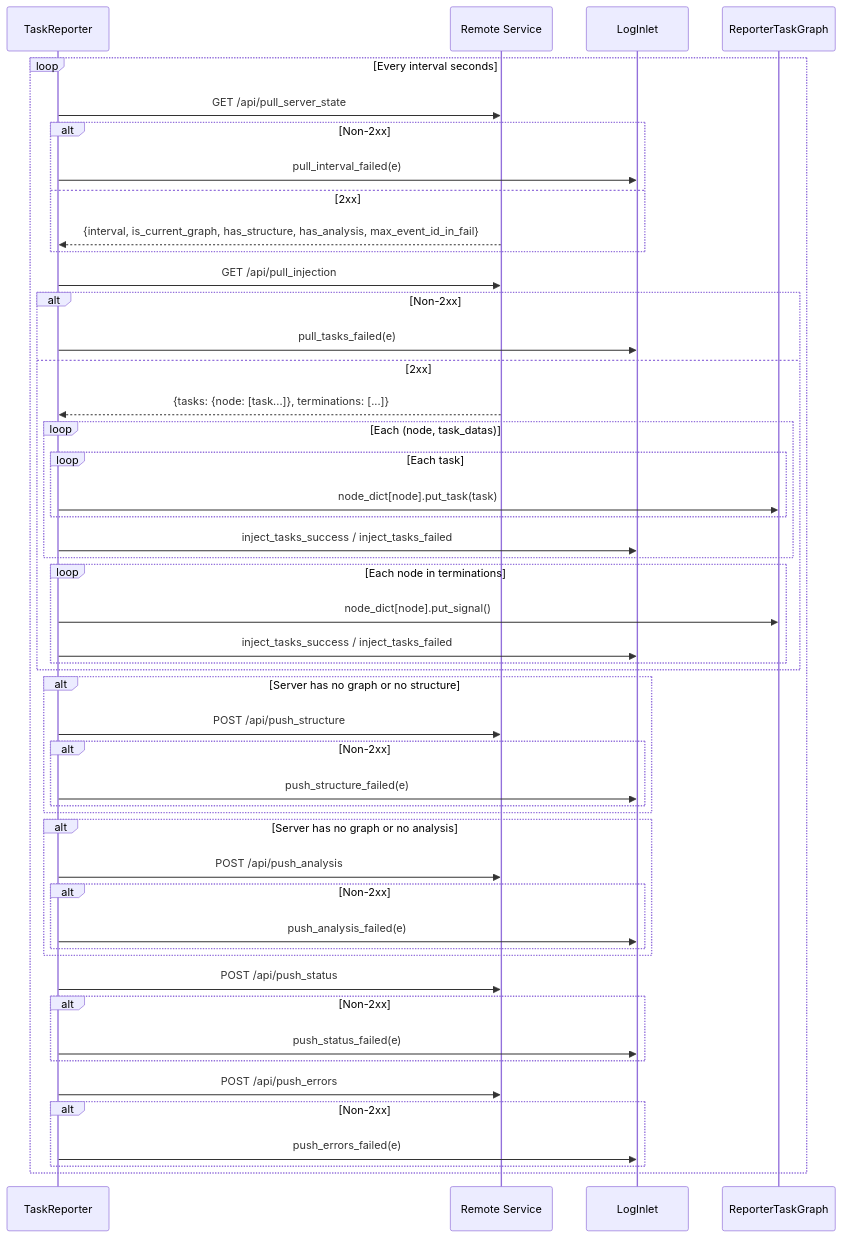
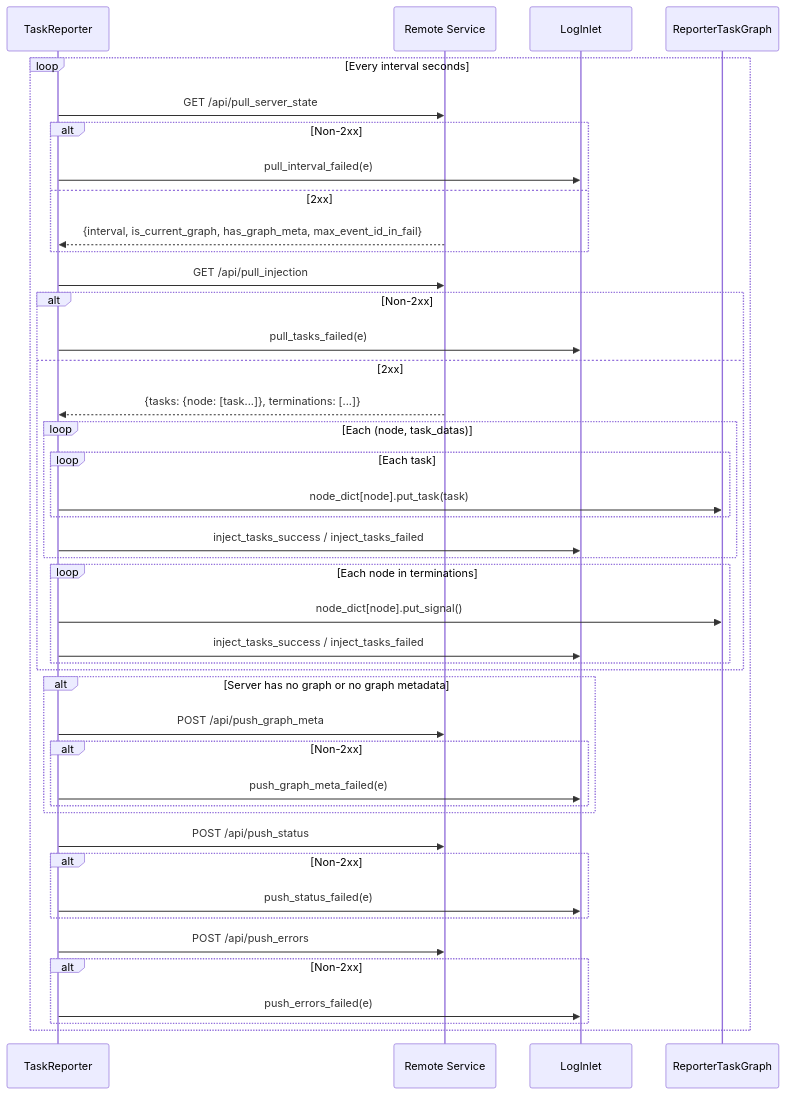
Before and after one commit to Mr-xiaotian/CelestialFlow: the second of 2 diagrams in docs/en/src/observability/core_report.md, drawn with Mermaid. The commit also changed other lines of this file and 211 other files, not shown here.

````diff
--- a/docs/en/src/observability/core_report.md
+++ b/docs/en/src/observability/core_report.md
@@ -313,55 +306,49 @@
 ```mermaid
 sequenceDiagram
     participant R as TaskReporter
     participant S as Remote Service
     participant L as LogInlet
     participant G as ReporterTaskGraph
 
     loop Every interval seconds
         R->>S: GET /api/pull_server_state
         alt Non-2xx
             R->>L: pull_interval_failed(e)
         else 2xx
-            S-->>R: {interval, is_current_graph, has_structure, has_analysis, max_event_id_in_fail}
+            S-->>R: {interval, is_current_graph, has_graph_meta, max_event_id_in_fail}
         end
 
         R->>S: GET /api/pull_injection
         alt Non-2xx
             R->>L: pull_tasks_failed(e)
         else 2xx
             S-->>R: {tasks: {node: [task...]}, terminations: [...]}
             loop Each (node, task_datas)
                 loop Each task
                     R->>G: node_dict[node].put_task(task)
                 end
                 R->>L: inject_tasks_success / inject_tasks_failed
             end
             loop Each node in terminations
                 R->>G: node_dict[node].put_signal()
                 R->>L: inject_tasks_success / inject_tasks_failed
             end
         end
 
-        alt Server has no graph or no structure
-            R->>S: POST /api/push_structure
+        alt Server has no graph or no graph metadata
+            R->>S: POST /api/push_graph_meta
             alt Non-2xx
-                R->>L: push_structure_failed(e)
-            end
-        end
-        alt Server has no graph or no analysis
-            R->>S: POST /api/push_analysis
-            alt Non-2xx
-                R->>L: push_analysis_failed(e)
+                R->>L: push_graph_meta_failed(e)
             end
         end
 
         R->>S: POST /api/push_status
         alt Non-2xx
             R->>L: push_status_failed(e)
         end
         R->>S: POST /api/push_errors
         alt Non-2xx
             R->>L: push_errors_failed(e)
         end
     end
 ```
````
